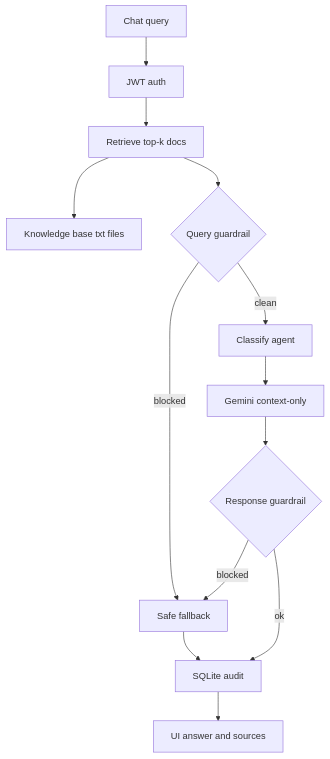
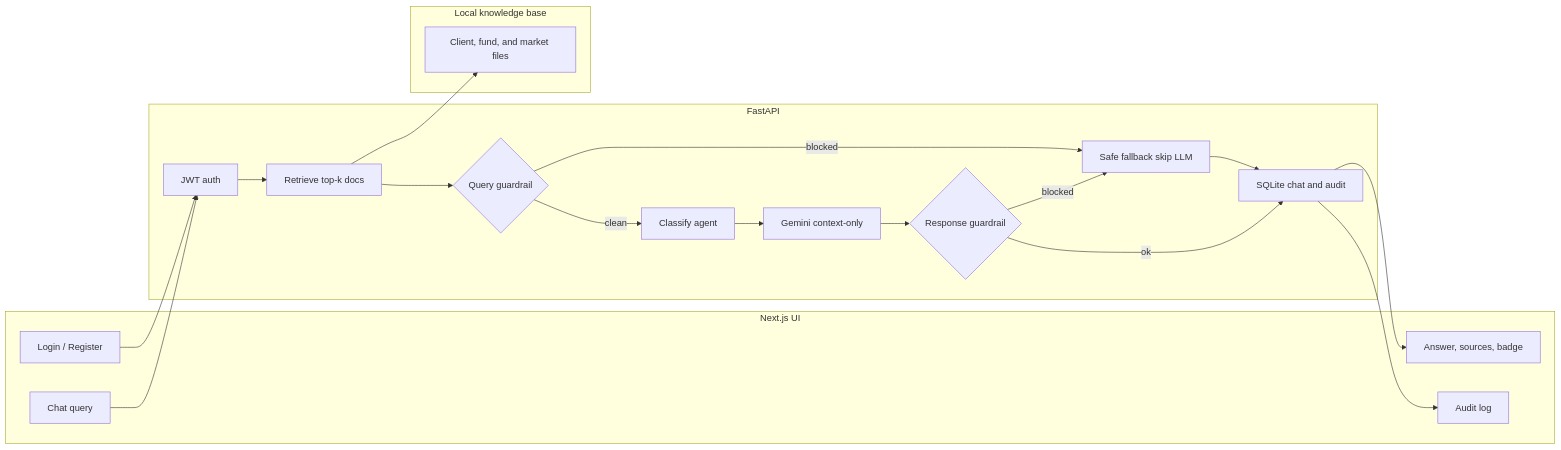
The diagram in README.md (ShrutiDubal/finadvisor-copilot), drawn with Mermaid before and after one commit.

Commit message:
Restore three-layer Mermaid diagram with GitHub-safe labels

````diff
--- a/README.md
+++ b/README.md
@@ -40,22 +40,39 @@
 ```mermaid
-flowchart TB
-  B[Chat query]
-  E[JWT auth]
-  F[Retrieve top-k docs]
-  M[Knowledge base txt files]
-  G{Query guardrail}
-  L[Safe fallback]
-  H[Classify agent]
-  I[Gemini context-only]
-  J{Response guardrail}
-  K[SQLite audit]
-  C[UI answer and sources]
+flowchart LR
+  subgraph UI["Next.js UI"]
+    A[Login / Register]
+    B[Chat query]
+    C[Answer, sources, badge]
+    D[Audit log]
+  end
 
-  B --> E --> F --> M
+  subgraph Backend["FastAPI"]
+    E[JWT auth]
+    F[Retrieve top-k docs]
+    G{Query guardrail}
+    H[Classify agent]
+    I[Gemini context-only]
+    J{Response guardrail}
+    K[SQLite chat and audit]
+    L[Safe fallback skip LLM]
+  end
+
+  subgraph KB["Local knowledge base"]
+    M[Client, fund, and market files]
+  end
+
+  A --> E
+  B --> E
+  E --> F
+  F --> M
   F --> G
-  G -->|blocked| L --> K
-  G -->|clean| H --> I --> J
+  G -->|blocked| L
+  G -->|clean| H
+  H --> I
+  I --> J
   J -->|blocked| L
   J -->|ok| K
+  L --> K
   K --> C
+  K --> D
 ```
````
